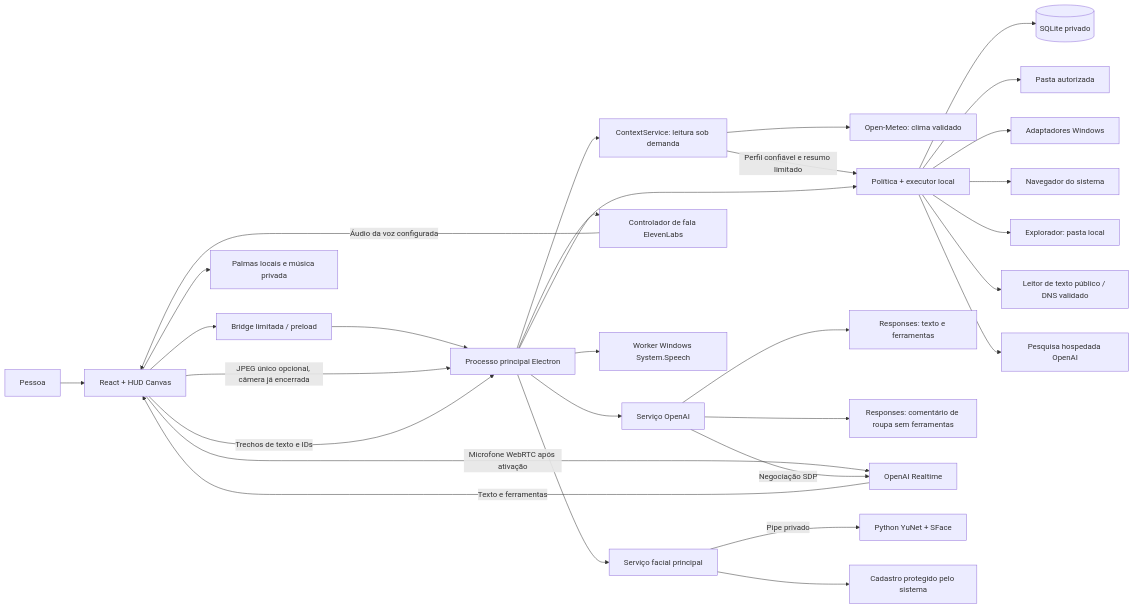
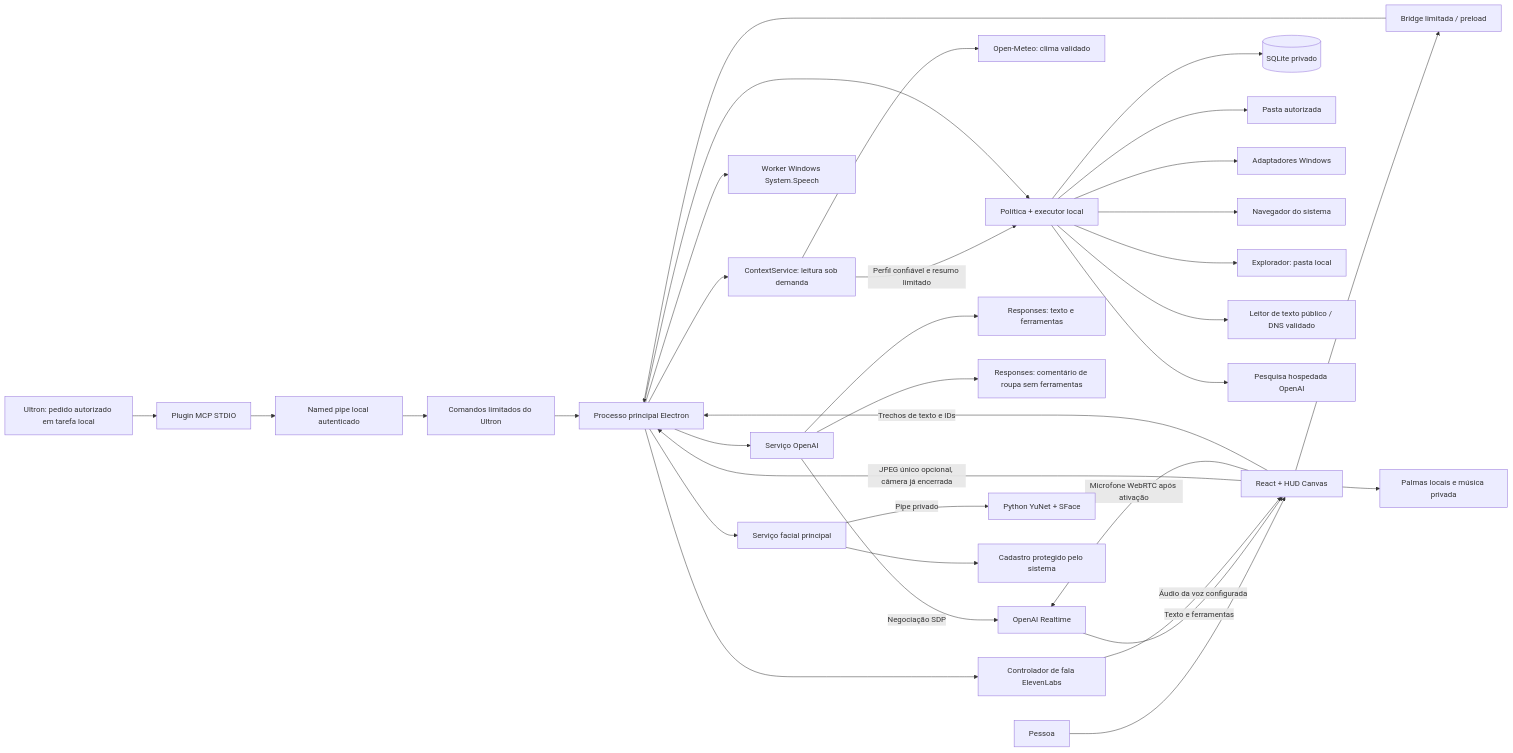
The diagram in docs/architecture.md (Gleysonp-Dev/GleysonSilva-Jarvis), drawn with Mermaid before and after one commit. The commit also changed other lines of this file and 33 other files, not shown here.

Commit message:
feat: add private Ultron plugin and direct requested website navigation in 0.6.0

````diff
--- a/docs/architecture.md
+++ b/docs/architecture.md
@@ -15,32 +17,36 @@
 ```mermaid
 flowchart LR
+    Dot[Ultron: pedido autorizado em tarefa local] --> MCP[Plugin MCP STDIO]
+    MCP --> Pipe[Named pipe local autenticado]
+    Pipe --> Ultron[Comandos limitados do Ultron]
+    Ultron --> Main
     Pessoa[Pessoa] --> UI[React + HUD Canvas]
     UI --> Bridge[Bridge limitada / preload]
     Bridge --> Main[Processo principal Electron]
     Main --> Context[ContextService: leitura sob demanda]
     Context --> Weather[Open-Meteo: clima validado]
     Context -->|Perfil confiável e resumo limitado| Runtime
     Main --> Provider[Serviço OpenAI]
     Provider --> Responses[Responses: texto e ferramentas]
     UI -->|JPEG único opcional, câmera já encerrada| Main
     Provider --> Outfit[Responses: comentário de roupa sem ferramentas]
     UI -->|Microfone WebRTC após ativação| Realtime[OpenAI Realtime]
     Realtime -->|Texto e ferramentas| UI
     Provider -->|Negociação SDP| Realtime
     UI -->|Trechos de texto e IDs| Main
     Main --> Speech[Controlador de fala ElevenLabs]
     Speech -->|Áudio da voz configurada| UI
     UI --> Standby[Palmas locais e música privada]
     Main --> Wake[Worker Windows System.Speech]
     Main --> Runtime[Política + executor local]
     Runtime --> DB[(SQLite privado)]
     Runtime --> Files[Pasta autorizada]
     Runtime --> Apps[Adaptadores Windows]
     Runtime --> Browser[Navegador do sistema]
     Runtime --> Folders[Explorador: pasta local]
     Runtime --> Web[Leitor de texto público / DNS validado]
     Runtime --> Search[Pesquisa hospedada OpenAI]
     Main --> Vision[Serviço facial principal]
     Vision -->|Pipe privado| Worker[Python YuNet + SFace]
     Vision --> Protected[Cadastro protegido pelo sistema]
 ```
````
